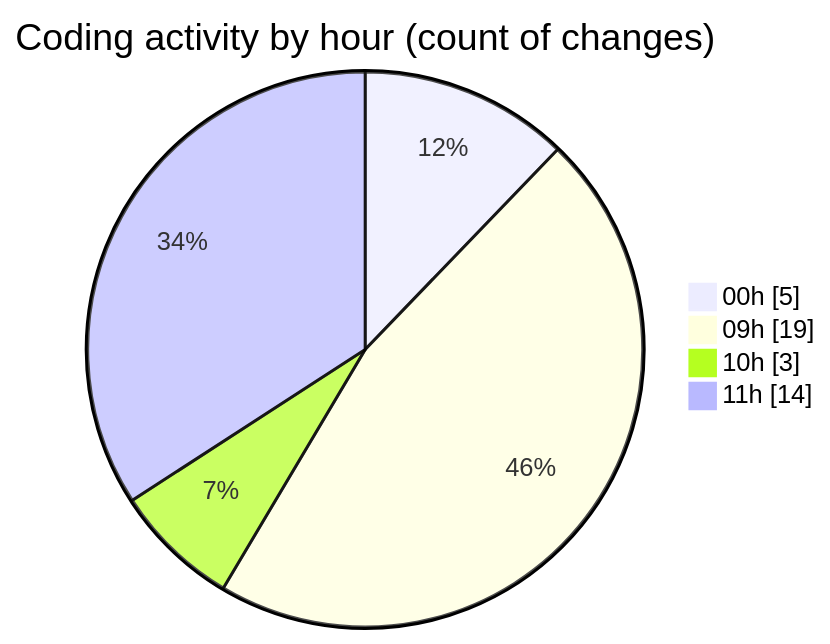
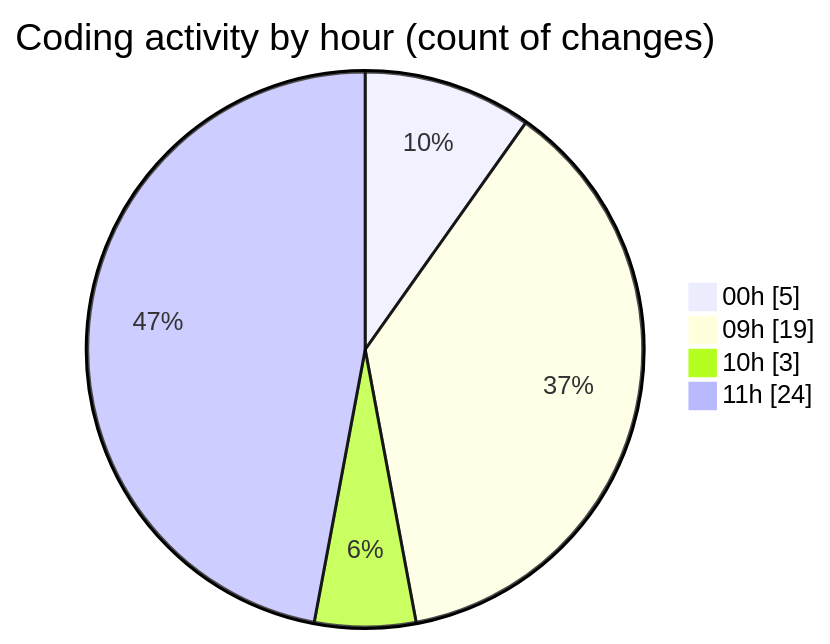
The second of 2 diagrams in 2025-11-19/eventscop-frontend-guide__workspace_/README.md (julien-gomy/code-tracking), drawn with Mermaid before and after one commit. The commit also changed other lines of this file and 1 other file, not shown here.

````diff
--- a/2025-11-19/eventscop-frontend-guide__workspace_/README.md
+++ b/2025-11-19/eventscop-frontend-guide__workspace_/README.md
@@ -44,8 +47,8 @@
 ```mermaid
 pie showData
 title Coding activity by hour (count of changes)
 "00h" : 5
 "09h" : 19
 "10h" : 3
-"11h" : 14
+"11h" : 24
 ```
````
